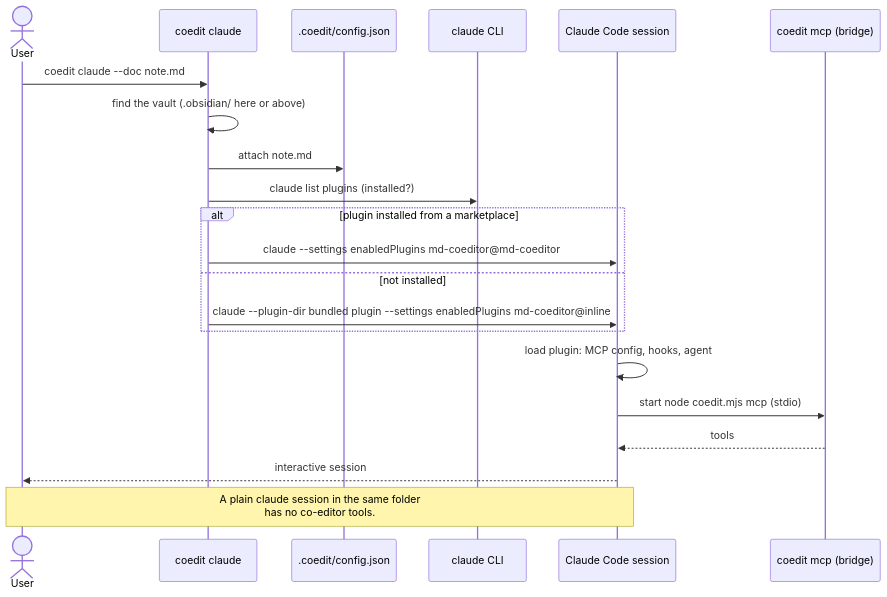
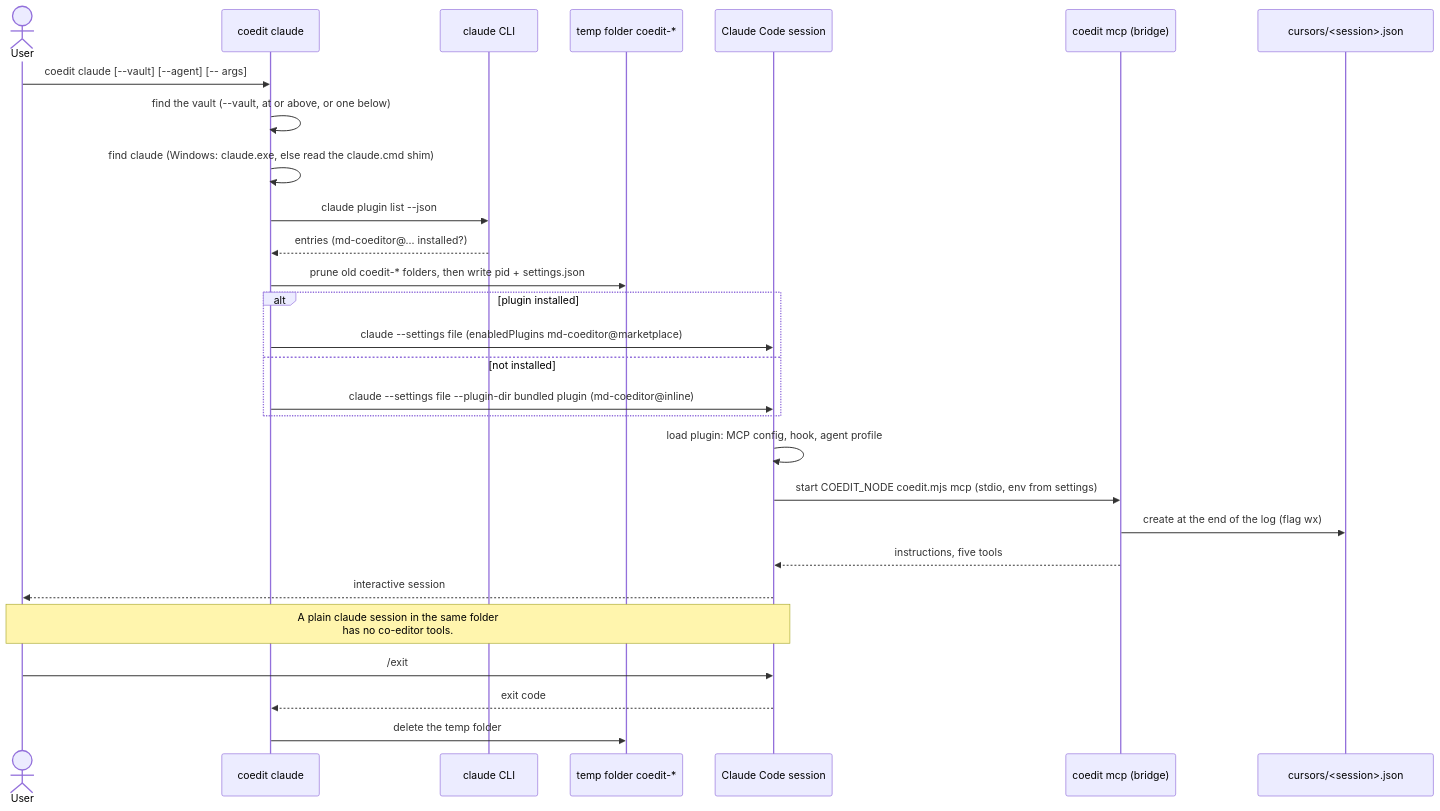
Before and after one commit to novazembla/md-coeditor: the third of 6 diagrams in openspec/docs/architecture-claude.md, drawn with Mermaid. The commit also changed other lines of this file and 140 other files, not shown here.

````diff
--- a/openspec/docs/architecture-claude.md
+++ b/openspec/docs/architecture-claude.md
@@ -118,24 +144,31 @@
 ```mermaid
 sequenceDiagram
   actor U as User
   participant L as coedit claude
-  participant CFG as .coedit/config.json
   participant C as claude CLI
+  participant T as temp folder coedit-*
   participant CC as Claude Code session
   participant B as coedit mcp (bridge)
+  participant CUR as cursors/#lt;session#gt;.json
 
-  U->>L: coedit claude --doc note.md
-  L->>L: find the vault (.obsidian/ here or above)
-  L->>CFG: attach note.md
-  L->>C: claude list plugins (installed?)
-  alt plugin installed from a marketplace
-    L->>CC: claude --settings enabledPlugins md-coeditor@md-coeditor
+  U->>L: coedit claude [--vault] [--agent] [-- args]
+  L->>L: find the vault (--vault, at or above, or one below)
+  L->>L: find claude (Windows: claude.exe, else read the claude.cmd shim)
+  L->>C: claude plugin list --json
+  C-->>L: entries (md-coeditor@... installed?)
+  L->>T: prune old coedit-* folders, then write pid + settings.json
+  alt plugin installed
+    L->>CC: claude --settings file (enabledPlugins md-coeditor@marketplace)
   else not installed
-    L->>CC: claude --plugin-dir bundled plugin --settings enabledPlugins md-coeditor@inline
+    L->>CC: claude --settings file --plugin-dir bundled plugin (md-coeditor@inline)
   end
-  CC->>CC: load plugin: MCP config, hooks, agent
-  CC->>B: start node coedit.mjs mcp (stdio)
-  B-->>CC: tools
+  CC->>CC: load plugin: MCP config, hook, agent profile
+  CC->>B: start COEDIT_NODE coedit.mjs mcp (stdio, env from settings)
+  B->>CUR: create at the end of the log (flag wx)
+  B-->>CC: instructions, five tools
   CC-->>U: interactive session
   Note over U,CC: A plain claude session in the same folder<br/>has no co-editor tools.
+  U->>CC: /exit
+  CC-->>L: exit code
+  L->>T: delete the temp folder
 ```
````
